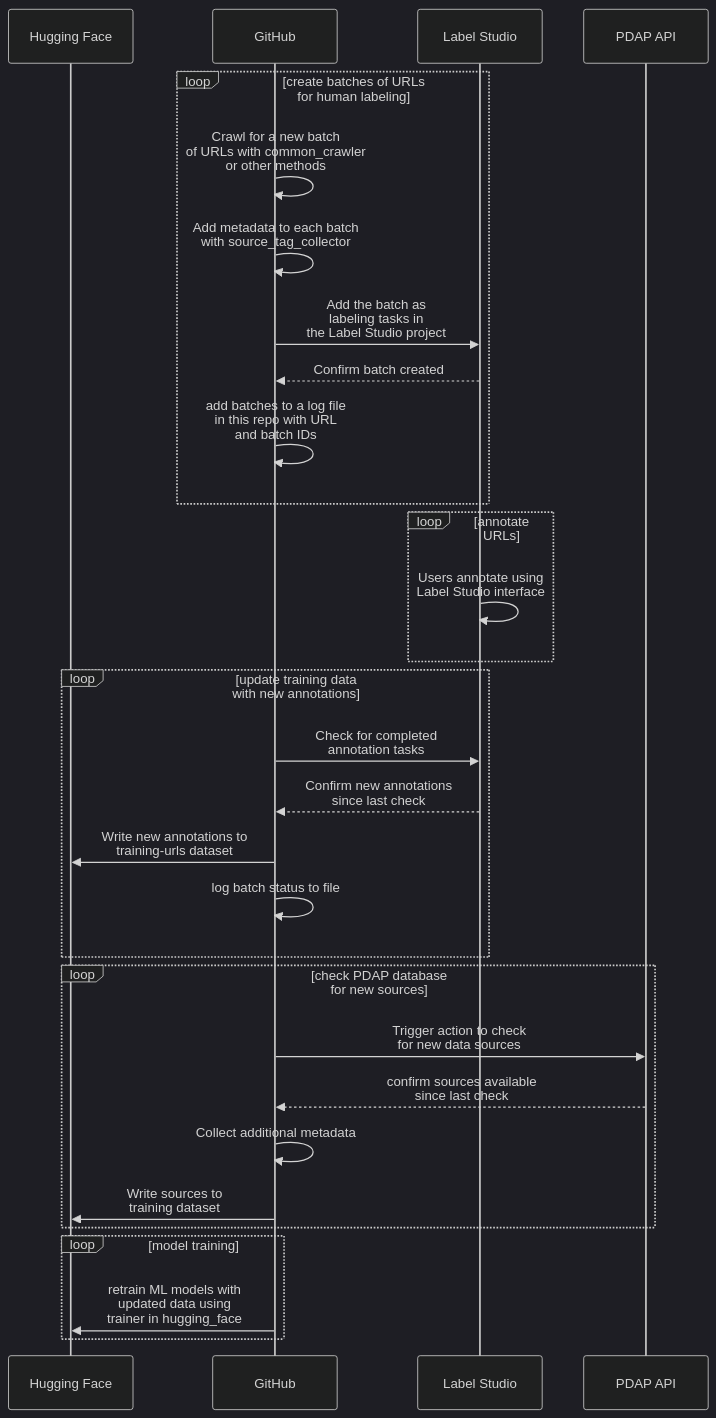
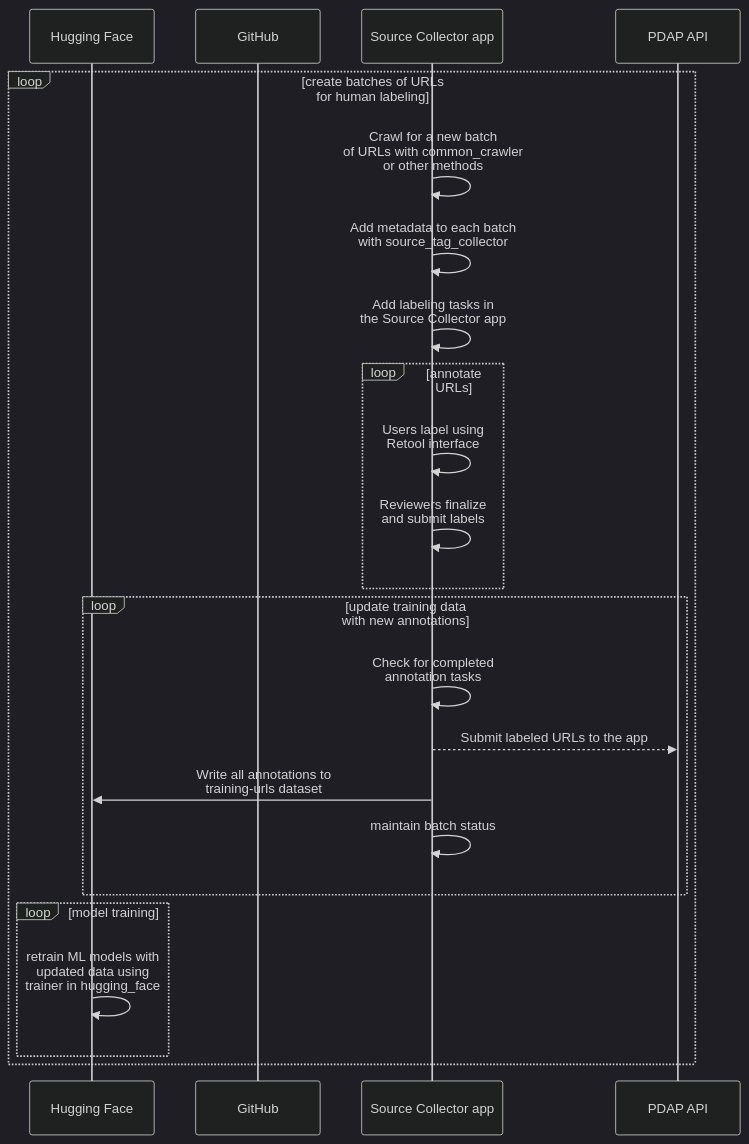
The second of 2 diagrams in README.md (Police-Data-Accessibility-Project/data-source-identification), drawn with Mermaid (dark theme) before and after one commit. The commit also changed other lines of this file, not shown here.

````diff
--- a/README.md
+++ b/README.md
@@ -110,41 +110,33 @@
 ```mermaid
 %% Here's a guide to mermaid syntax: https://mermaid.js.org/syntax/flowchart.html
 
 sequenceDiagram
 
 participant HF as Hugging Face
 participant GH as GitHub
-participant LS as Label Studio
+participant SC as Source Collector app
 participant PDAP as PDAP API
 
 loop create batches of URLs <br/>for human labeling
-  GH ->> GH: Crawl for a new batch<br/> of URLs with common_crawler<br/> or other methods
-  GH ->> GH: Add metadata to each batch<br/> with source_tag_collector
-  GH ->> LS: Add the batch as <br/> labeling tasks in <br/> the Label Studio project
-  LS -->> GH: Confirm batch created
-  GH ->> GH: add batches to a log file <br/> in this repo with URL<br/> and batch IDs
-end
+  SC ->> SC: Crawl for a new batch<br/> of URLs with common_crawler<br/> or other methods
+  SC ->> SC: Add metadata to each batch<br/> with source_tag_collector
+  SC ->> SC: Add labeling tasks in <br/> the Source Collector app
 
 loop annotate URLs
-  LS ->> LS: Users annotate using<br/>Label Studio interface
+  SC ->> SC: Users label using<br/>Retool interface
+  SC ->> SC: Reviewers finalize <br/> and submit labels
 end
 
 loop update training data <br/> with new annotations
-  GH ->> LS: Check for completed <br/> annotation tasks
-  LS -->> GH: Confirm new annotations <br/> since last check
-  GH ->> HF: Write new annotations to <br/> training-urls dataset
-  GH ->> GH: log batch status to file
-end
-
-loop check PDAP database <br/>for new sources
-  GH ->> PDAP: Trigger action to check <br/> for new data sources
-  PDAP -->> GH: confirm sources available <br/> since last check
-  GH ->> GH: Collect additional metadata
-  GH ->> HF: Write sources to <br/> training dataset
+  SC ->> SC: Check for completed <br/> annotation tasks
+  SC -->> PDAP: Submit labeled URLs to the app
+  SC ->> HF: Write all annotations to <br/> training-urls dataset
+  SC ->> SC: maintain batch status
 end
 
 loop model training
-  GH ->> HF: retrain ML models with <br/>updated data using <br/>trainer in hugging_face
+  HF ->> HF: retrain ML models with <br/>updated data using <br/>trainer in hugging_face
 end
 
+end
 ```
````
